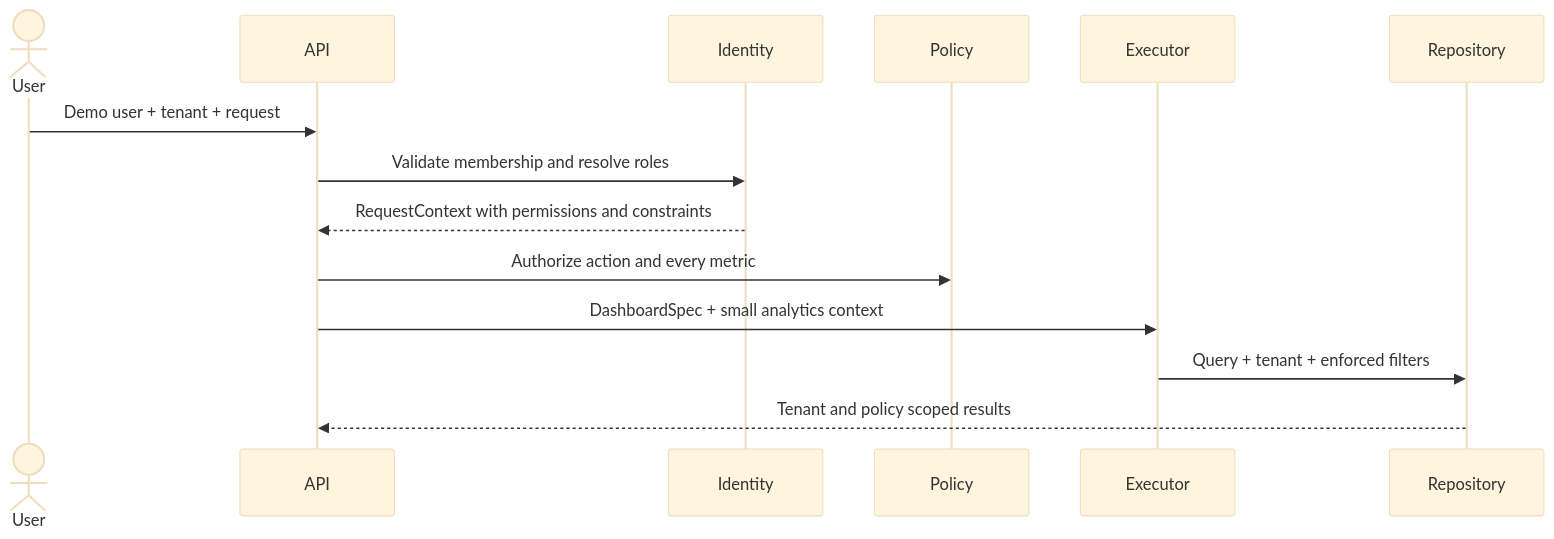
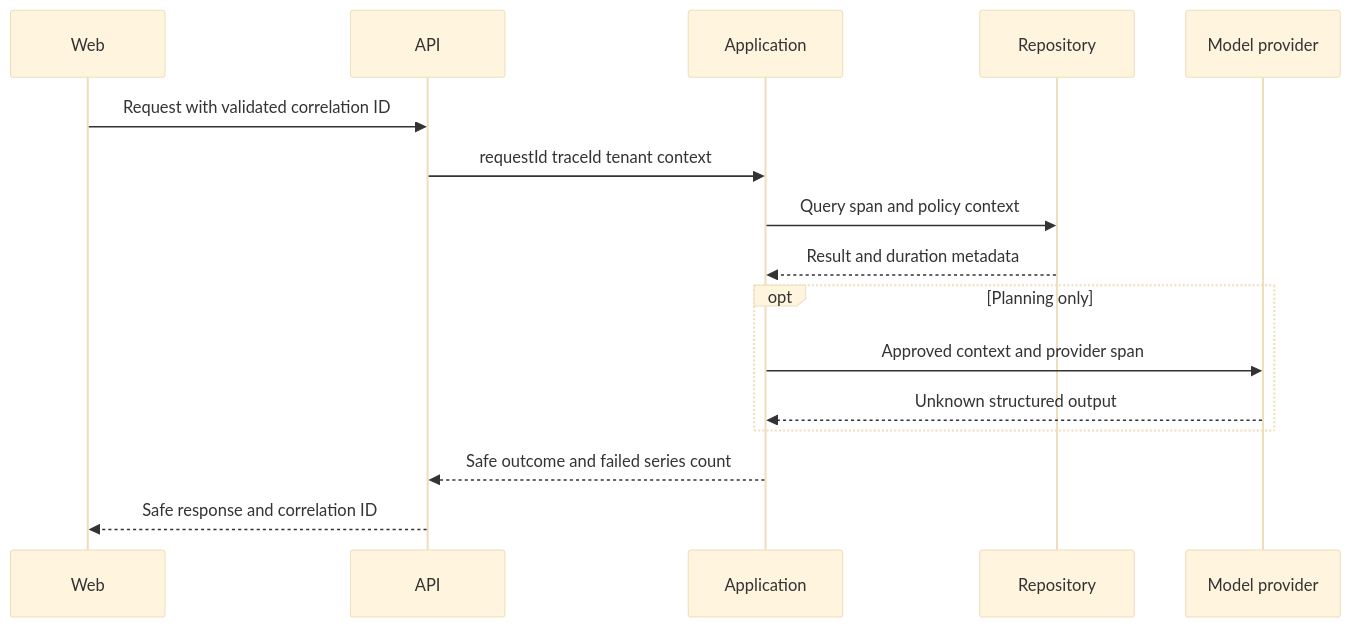
Diagram 14 of 14 in docs/architecture/diagrams.md (hazemyoussif/el-dabboos-analytics), drawn with Mermaid (base theme) before and after one commit. The commit also changed other lines of this file and 28 other files, not shown here.

Commit message:
docs(architecture): add system and developer guides

````diff
--- a/docs/architecture/diagrams.md
+++ b/docs/architecture/diagrams.md
@@ -106,16 +187,18 @@
 ```mermaid
 sequenceDiagram
-  actor User
-  participant API
-  participant Identity
-  participant Policy
-  participant Executor
-  participant Repository
-  User->>API: Demo user + tenant + request
-  API->>Identity: Validate membership and resolve roles
-  Identity-->>API: RequestContext with permissions and constraints
-  API->>Policy: Authorize action and every metric
-  API->>Executor: DashboardSpec + small analytics context
-  Executor->>Repository: Query + tenant + enforced filters
-  Repository-->>API: Tenant and policy scoped results
+ participant W as Web
+ participant A as API
+ participant U as Application
+ participant R as Repository
+ participant L as Model provider
+ W->>A: Request with validated correlation ID
+ A->>U: requestId traceId tenant context
+ U->>R: Query span and policy context
+ R-->>U: Result and duration metadata
+ opt Planning only
+ U->>L: Approved context and provider span
+ L-->>U: Unknown structured output
+ end
+ U-->>A: Safe outcome and failed series count
+ A-->>W: Safe response and correlation ID
 ```
````
